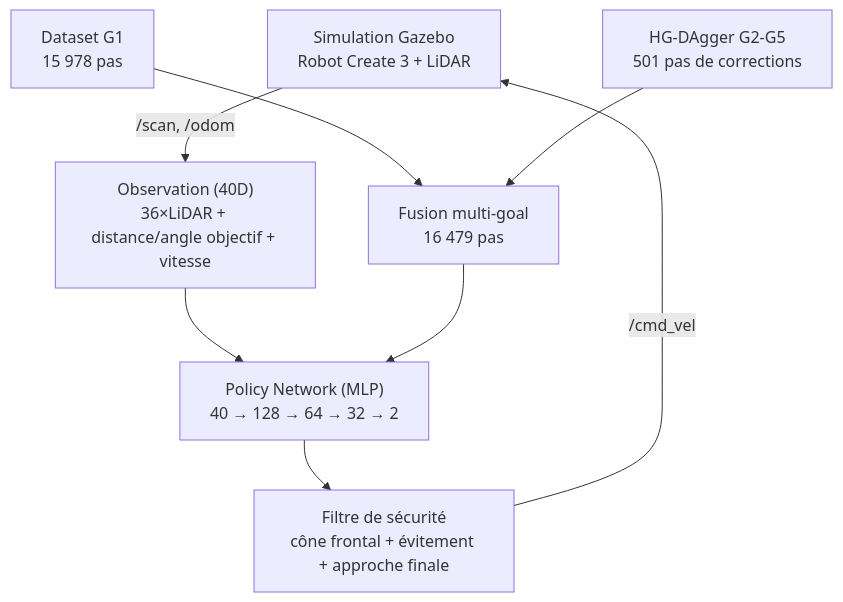
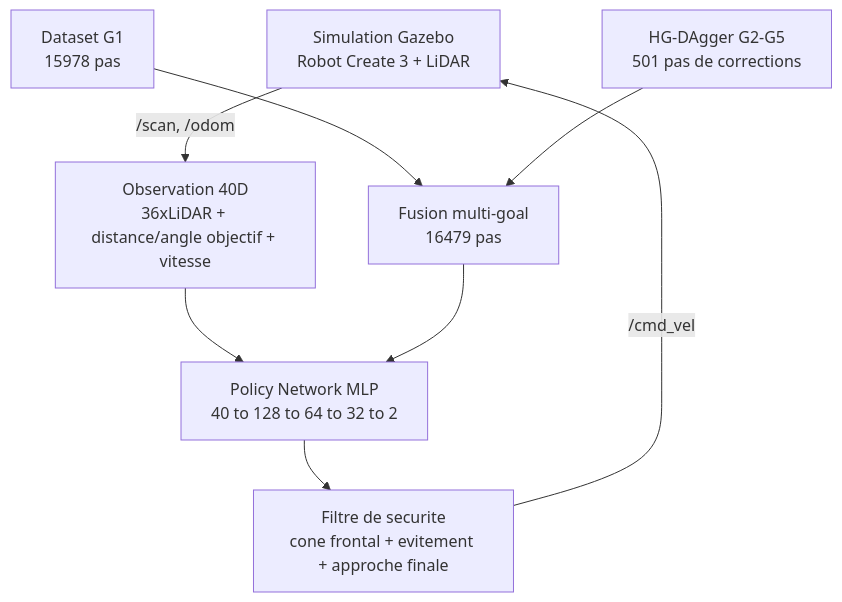
One commit to qamarfrikha-a11y/ImitaNav changed the diagram in README.md. Above: the diagram before and after it, drawn with Mermaid. The commit also changed other lines of this file, not shown here.

Commit message:
Correction README : images redimensionnees, retrait captures mono-goal, structure lisible

````diff
--- a/README.md
+++ b/README.md
@@ -29,11 +29,11 @@
 ```mermaid
 flowchart TD
-    A["Simulation Gazebo<br/>Robot Create 3 + LiDAR"] -->|"/scan, /odom"| B["Observation (40D)<br/>36×LiDAR + distance/angle objectif + vitesse"]
-    B --> C["Policy Network (MLP)<br/>40 → 128 → 64 → 32 → 2"]
-    C --> D["Filtre de sécurité<br/>cône frontal + évitement + approche finale"]
+    A["Simulation Gazebo<br/>Robot Create 3 + LiDAR"] -->|"/scan, /odom"| B["Observation 40D<br/>36xLiDAR + distance/angle objectif + vitesse"]
+    B --> C["Policy Network MLP<br/>40 to 128 to 64 to 32 to 2"]
+    C --> D["Filtre de securite<br/>cone frontal + evitement + approche finale"]
     D -->|"/cmd_vel"| A
 
-    E["Dataset G1<br/>15 978 pas"] --> H["Fusion multi-goal<br/>16 479 pas"]
+    E["Dataset G1<br/>15978 pas"] --> H["Fusion multi-goal<br/>16479 pas"]
     F["HG-DAgger G2-G5<br/>501 pas de corrections"] --> H
     H --> C
 ```
````
